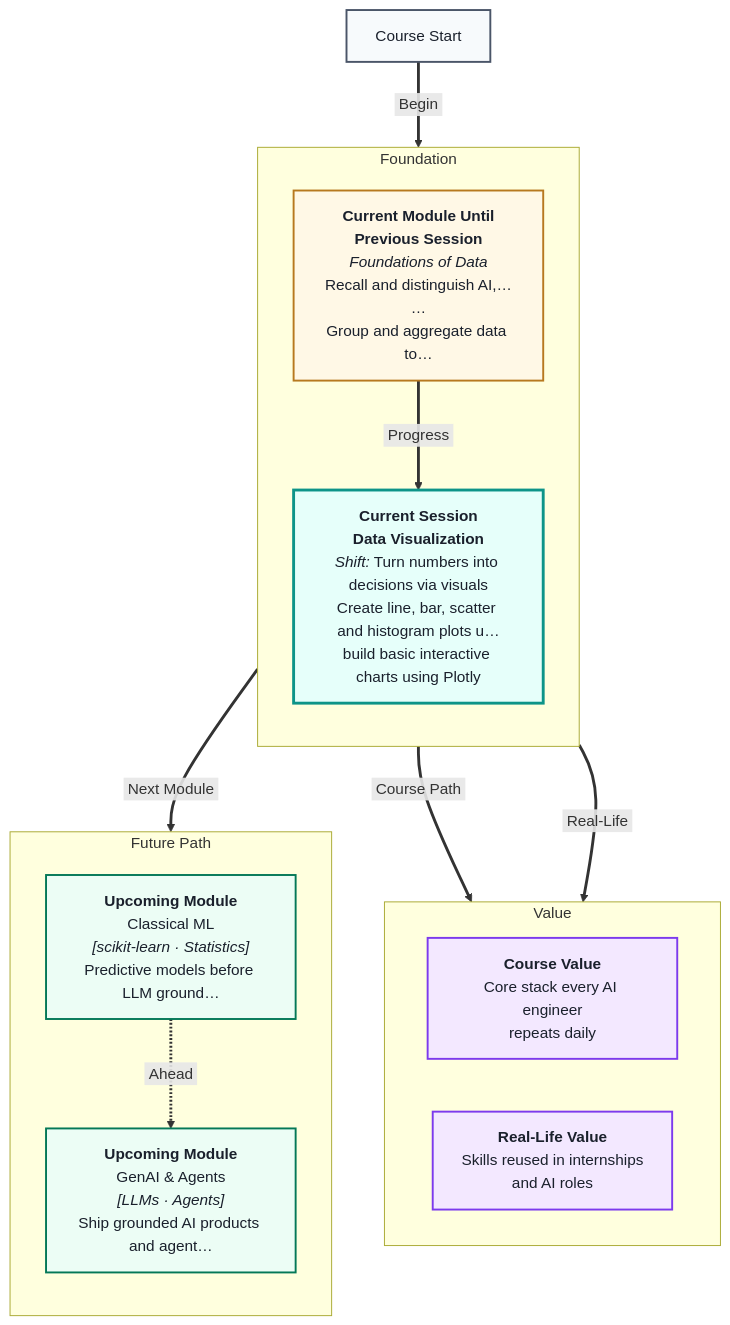
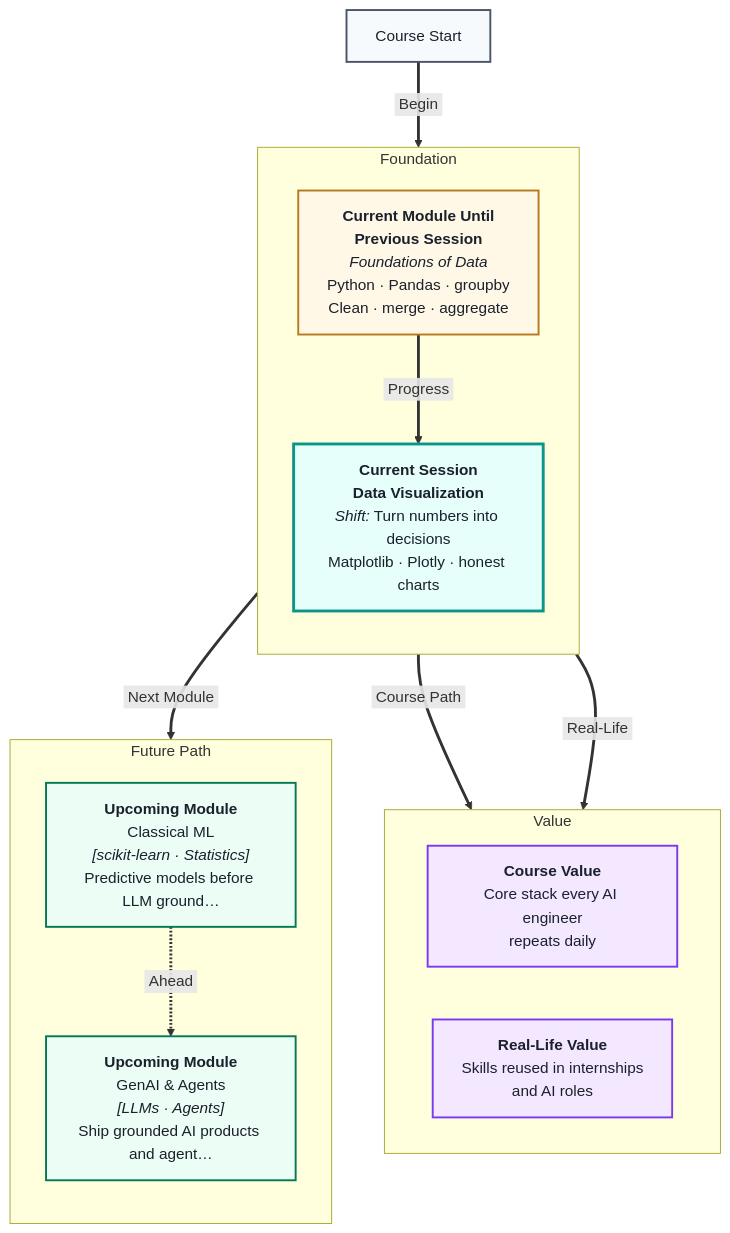
One commit to ritzrmx/Masai_Curriculum changed the first of 3 diagrams in IITP_AIML_Regional/IITP-AIMLT-2606/Module 1- Foundations of Data/Session 12- Data Visualization/pre-read: Data Visualization.md. Above: the diagram before and after it, drawn with Mermaid. The commit also changed other lines of this file and 38 other files, not shown here.

````diff
--- a/IITP_AIML_Regional/IITP-AIMLT-2606/Module 1- Foundations of Data/Session 12- Data Visualization/pre-read: Data Visualization.md
+++ b/IITP_AIML_Regional/IITP-AIMLT-2606/Module 1- Foundations of Data/Session 12- Data Visualization/pre-read: Data Visualization.md
@@ -6,42 +6,42 @@
 ```mermaid
 %%{init: {'flowchart': {'nodeSpacing': 55, 'rankSpacing': 65, 'diagramPadding': 24}}}%%
 flowchart TB
 linkStyle default stroke-width:3px
 
 subgraph foundation[" Foundation "]
 direction TB
-    CURMOD["<b>Current Module Until<br/>Previous Session</b><br/><i>Foundations of Data</i><br/>Recall and distinguish AI,…<br/>…<br/>Group and aggregate data to…"]
-    CURSES["<b>Current Session</b><br/><b>Data Visualization</b><br/><i>Shift:</i> Turn numbers into decisions via visuals<br/>Create line, bar, scatter and histogram plots u…<br/>build basic interactive charts using Plotly"]
+    CURMOD["<b>Current Module Until<br/>Previous Session</b><br/><i>Foundations of Data</i><br/>Python · Pandas · groupby<br/>Clean · merge · aggregate"]
+    CURSES["<b>Current Session</b><br/><b>Data Visualization</b><br/><i>Shift:</i> Turn numbers into decisions<br/>Matplotlib · Plotly · honest charts"]
 end
 
 subgraph value[" Value "]
 direction LR
     CVAL["<b>Course Value</b><br/>Core stack every AI engineer<br/>repeats daily"]
     RVAL["<b>Real-Life Value</b><br/>Skills reused in internships<br/>and AI roles"]
 end
 
 subgraph future[" Future Path "]
 direction TB
     U0["<b>Upcoming Module</b><br/>Classical ML<br/><i>[scikit-learn · Statistics]</i><br/>Predictive models before LLM ground…"]
     U1["<b>Upcoming Module</b><br/>GenAI & Agents<br/><i>[LLMs · Agents]</i><br/>Ship grounded AI products and agent…"]
 end
 
 START["Course Start"] ==>|&nbsp;Begin&nbsp;| CURMOD
 CURMOD ==>|&nbsp;Progress&nbsp;| CURSES
 CURSES ==>|&nbsp;Course Path&nbsp;| CVAL
 CURSES ==>|&nbsp;Real-Life&nbsp;| RVAL
 CURSES ==>|&nbsp;Next Module&nbsp;| U0
 U0 -.->|&nbsp;Ahead&nbsp;| U1
 
 classDef prevBox fill:#E8F4FC,stroke:#2B6CB0,stroke-width:2px,color:#1A202C
 classDef curModBox fill:#FFF8E6,stroke:#B7791F,stroke-width:2px,color:#1A202C
 classDef curSessBox fill:#E6FFFA,stroke:#0D9488,stroke-width:3px,color:#1A202C
 classDef valueBox fill:#F3E8FF,stroke:#7C3AED,stroke-width:2px,color:#1A202C
 classDef futureBox fill:#ECFDF5,stroke:#047857,stroke-width:2px,color:#1A202C
 classDef startBox fill:#F7FAFC,stroke:#4A5568,stroke-width:2px,color:#1A202C
 class START startBox
 class CURMOD curModBox
 class CURSES curSessBox
 class CVAL,RVAL valueBox
 class U0,U1 futureBox
 ```
````
